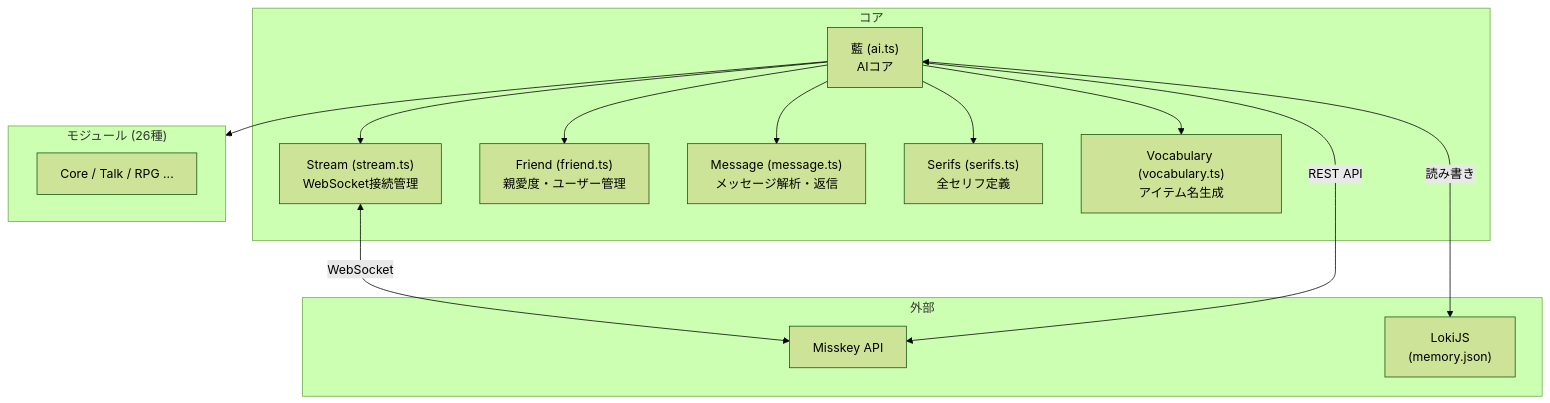
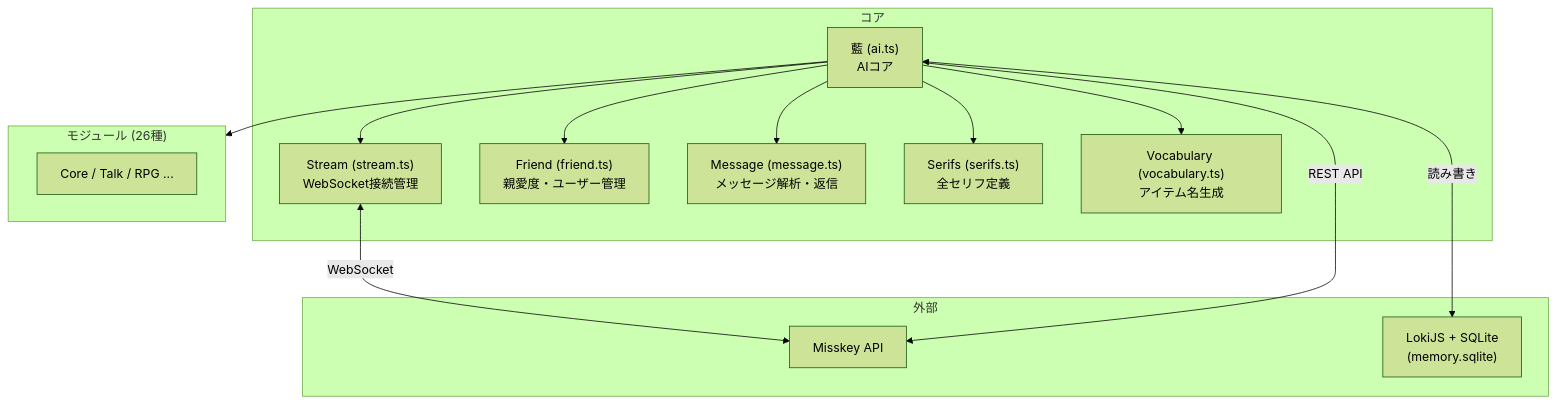
The first of 5 diagrams in README.md (emtkmkk/ai), drawn with Mermaid (forest theme) before and after one commit. The commit also changed other lines of this file and 1 other file, not shown here.

Commit message:
memory.sqlite を memory.json に書き戻すスクリプトを追加し、README を更新

````diff
--- a/README.md
+++ b/README.md
@@ -204,30 +204,30 @@
 ```mermaid
 graph TD
     subgraph Core["コア"]
         AI["藍 (ai.ts)<br/>AIコア"]
         Stream["Stream (stream.ts)<br/>WebSocket接続管理"]
         Friend["Friend (friend.ts)<br/>親愛度・ユーザー管理"]
         Message["Message (message.ts)<br/>メッセージ解析・返信"]
         Serifs["Serifs (serifs.ts)<br/>全セリフ定義"]
         Vocab["Vocabulary (vocabulary.ts)<br/>アイテム名生成"]
     end
 
     subgraph Modules["モジュール (26種)"]
         M1["Core / Talk / RPG ..."]
     end
 
     subgraph External["外部"]
         Misskey["Misskey API"]
-        DB["LokiJS<br/>(memory.json)"]
+        DB["LokiJS + SQLite<br/>(memory.sqlite)"]
     end
 
     AI --> Stream
     AI --> Friend
     AI --> Message
     AI --> Serifs
     AI --> Vocab
     AI --> Modules
     Stream <-->|WebSocket| Misskey
     AI -->|REST API| Misskey
     AI <-->|読み書き| DB
 ```
````
